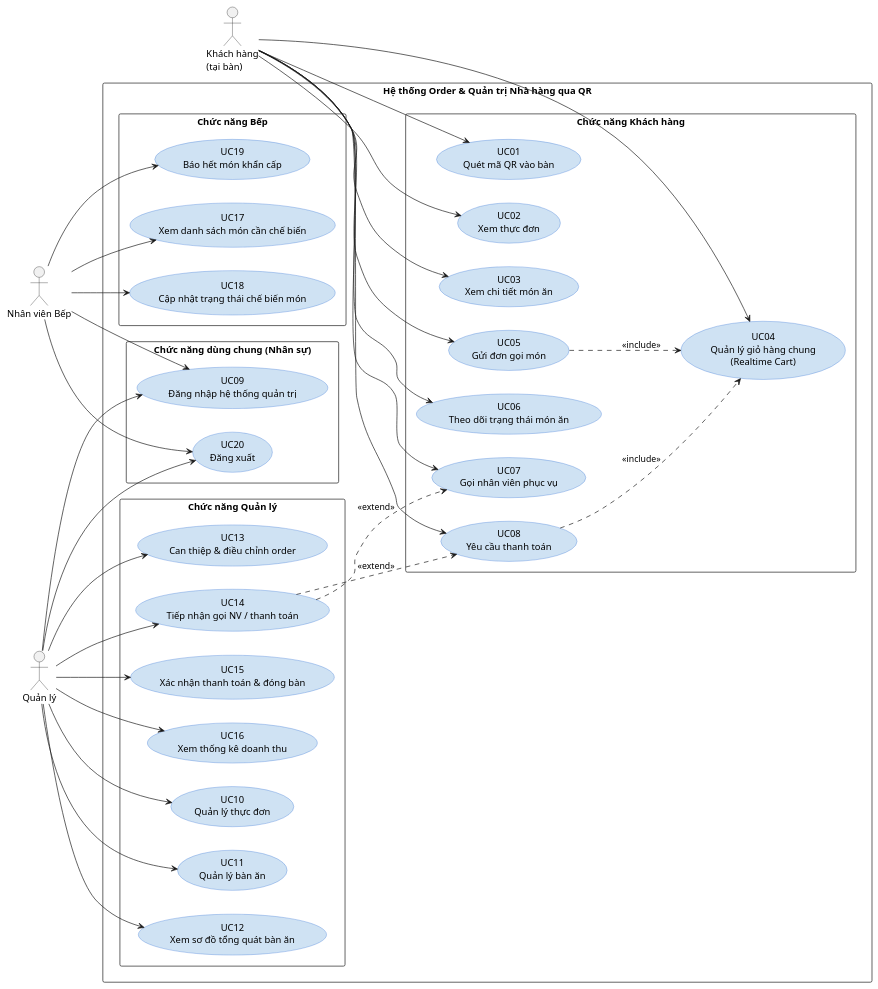
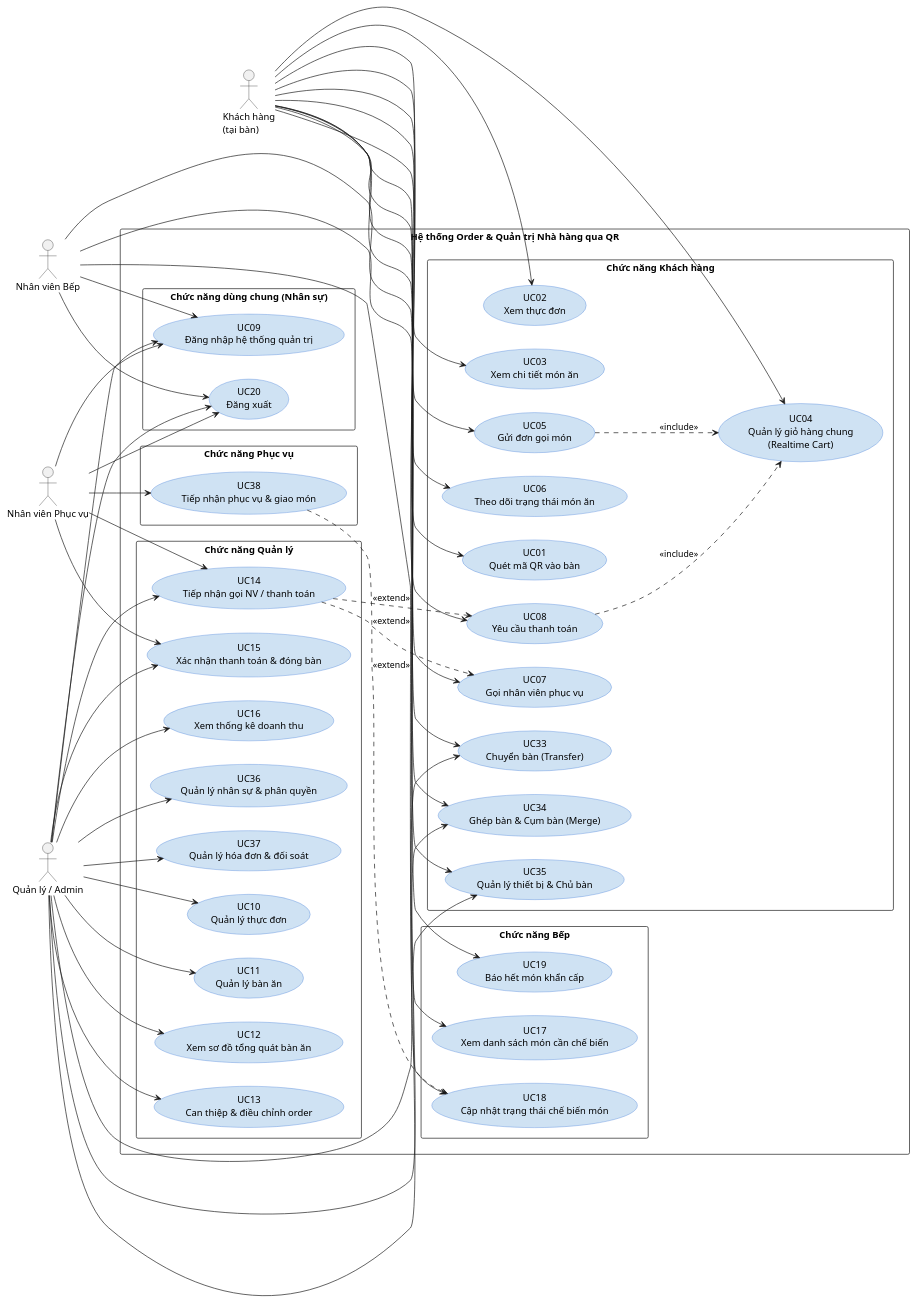
Before and after one commit to qu2nishere/HoaDiemCac-backend: the first of 8 diagrams in doc/DacTa_Chuong3_UseCase.md, drawn with PlantUML. The commit also changed other lines of this file and 5 other files, not shown here.

Commit message:
docs: update system architecture, domain entities, use cases (UC33-UC38), and client tree

````diff
--- a/doc/DacTa_Chuong3_UseCase.md
+++ b/doc/DacTa_Chuong3_UseCase.md
@@ -24,7 +24,8 @@
 
 actor "Khách hàng\n(tại bàn)" as KH
 actor "Nhân viên Bếp" as NVB
-actor "Quản lý" as QL
+actor "Nhân viên Phục vụ" as NVPV
+actor "Quản lý / Admin" as QL
 
 rectangle "Hệ thống Order & Quản trị Nhà hàng qua QR" {
 
@@ -37,6 +38,9 @@
     usecase "UC06\nTheo dõi trạng thái món ăn" as UC06
     usecase "UC07\nGọi nhân viên phục vụ" as UC07
     usecase "UC08\nYêu cầu thanh toán" as UC08
+    usecase "UC33\nChuyển bàn (Transfer)" as UC33
+    usecase "UC34\nGhép bàn & Cụm bàn (Merge)" as UC34
+    usecase "UC35\nQuản lý thiết bị & Chủ bàn" as UC35
   }
 
   package "Chức năng dùng chung (Nhân sự)" {
@@ -52,12 +56,18 @@
     usecase "UC14\nTiếp nhận gọi NV / thanh toán" as UC14
     usecase "UC15\nXác nhận thanh toán & đóng bàn" as UC15
     usecase "UC16\nXem thống kê doanh thu" as UC16
+    usecase "UC36\nQuản lý nhân sự & phân quyền" as UC36
+    usecase "UC37\nQuản lý hóa đơn & đối soát" as UC37
   }
 
   package "Chức năng Bếp" {
     usecase "UC17\nXem danh sách món cần chế biến" as UC17
     usecase "UC18\nCập nhật trạng thái chế biến món" as UC18
     usecase "UC19\nBáo hết món khẩn cấp" as UC19
+  }
+
+  package "Chức năng Phục vụ" {
+    usecase "UC38\nTiếp nhận phục vụ & giao món" as UC38
   }
 }
 
@@ -69,6 +79,9 @@
 KH --> UC06
 KH --> UC07
 KH --> UC08
+KH --> UC33
+KH --> UC34
+KH --> UC35
 
 QL --> UC09
 QL --> UC10
@@ -79,6 +92,11 @@
 QL --> UC15
 QL --> UC16
 QL --> UC20
+QL --> UC33
+QL --> UC34
+QL --> UC35
+QL --> UC36
+QL --> UC37
 
 NVB --> UC09
 NVB --> UC17
@@ -86,9 +104,16 @@
 NVB --> UC19
 NVB --> UC20
 
+NVPV --> UC09
+NVPV --> UC14
+NVPV --> UC15
+NVPV --> UC20
+NVPV --> UC38
+
 UC05 ..> UC04 : <<include>>
 UC08 ..> UC04 : <<include>>
 UC14 ..> UC07 : <<extend>>
 UC14 ..> UC08 : <<extend>>
+UC38 ..> UC18 : <<extend>>
 @enduml
 ```
````
